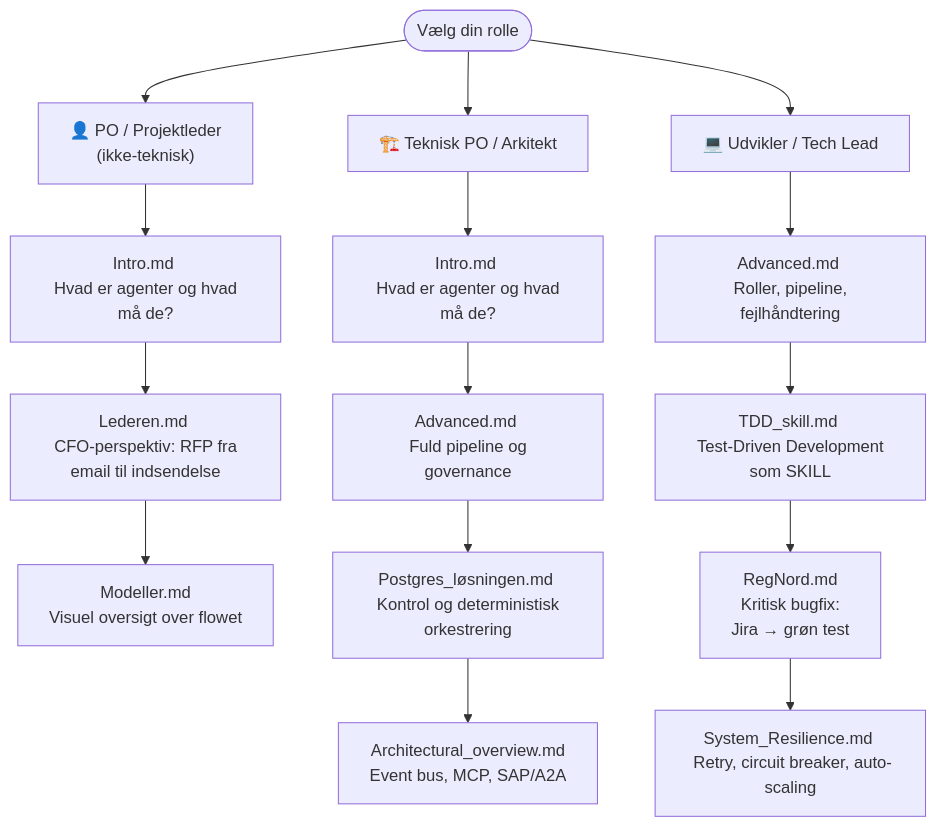
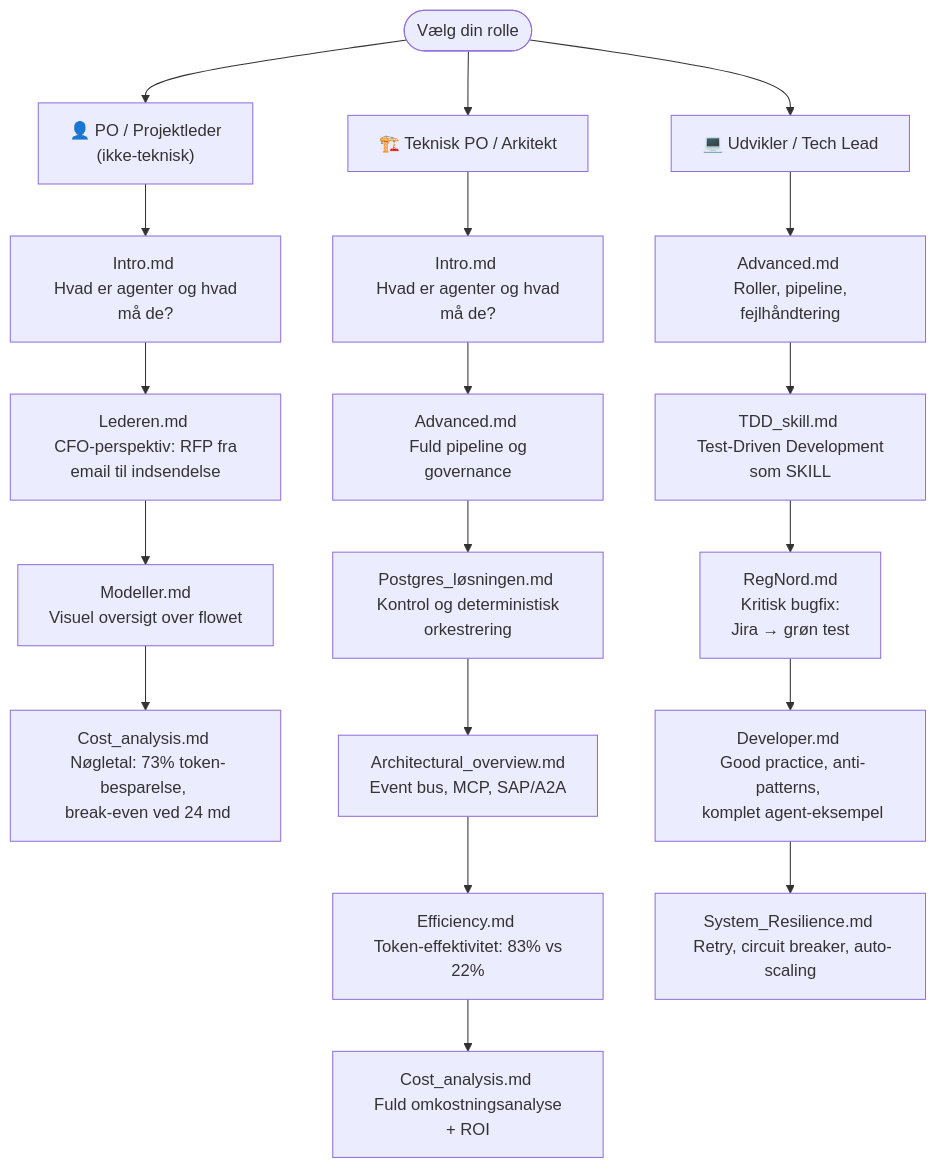
Before and after one commit to chrisstineline/CGI_Agent: the diagram in README.md, drawn with Mermaid. The commit also changed other lines of this file, not shown here.

````diff
--- a/README.md
+++ b/README.md
@@ -66,24 +102,28 @@
 ```mermaid
 flowchart TD
     START([Vælg din rolle]) --> PO
     START --> TPO
     START --> DEV
 
     PO["👤 PO / Projektleder <br> (ikke-teknisk)"]
     TPO["🏗️ Teknisk PO / Arkitekt"]
     DEV["💻 Udvikler / Tech Lead"]
 
     PO --> P1["Intro.md <br> Hvad er agenter og hvad må de?"]
     P1 --> P2["Lederen.md <br> CFO-perspektiv: RFP fra email til indsendelse"]
     P2 --> P3["Modeller.md <br> Visuel oversigt over flowet"]
+    P3 --> P4["Cost_analysis.md <br> Nøgletal: 73% token-besparelse, <br> break-even ved 24 md"]
 
     TPO --> T1["Intro.md <br> Hvad er agenter og hvad må de?"]
     T1 --> T2["Advanced.md <br> Fuld pipeline og governance"]
     T2 --> T3["Postgres_løsningen.md <br> Kontrol og deterministisk orkestrering"]
     T3 --> T4["Architectural_overview.md <br> Event bus, MCP, SAP/A2A"]
+    T4 --> T5["Efficiency.md <br> Token-effektivitet: 83% vs 22%"]
+    T5 --> T6["Cost_analysis.md <br> Fuld omkostningsanalyse + ROI"]
 
     DEV --> D1["Advanced.md <br> Roller, pipeline, fejlhåndtering"]
     D1 --> D2["TDD_skill.md <br> Test-Driven Development som SKILL"]
     D2 --> D3["RegNord.md <br> Kritisk bugfix: <br> Jira → grøn test"]
-    D3 --> D4["System_Resilience.md <br> Retry, circuit breaker, auto-scaling"]
+    D3 --> D4["Developer.md <br> Good practice, anti-patterns, <br> komplet agent-eksempel"]
+    D4 --> D5["System_Resilience.md <br> Retry, circuit breaker, auto-scaling"]
 ```
````
